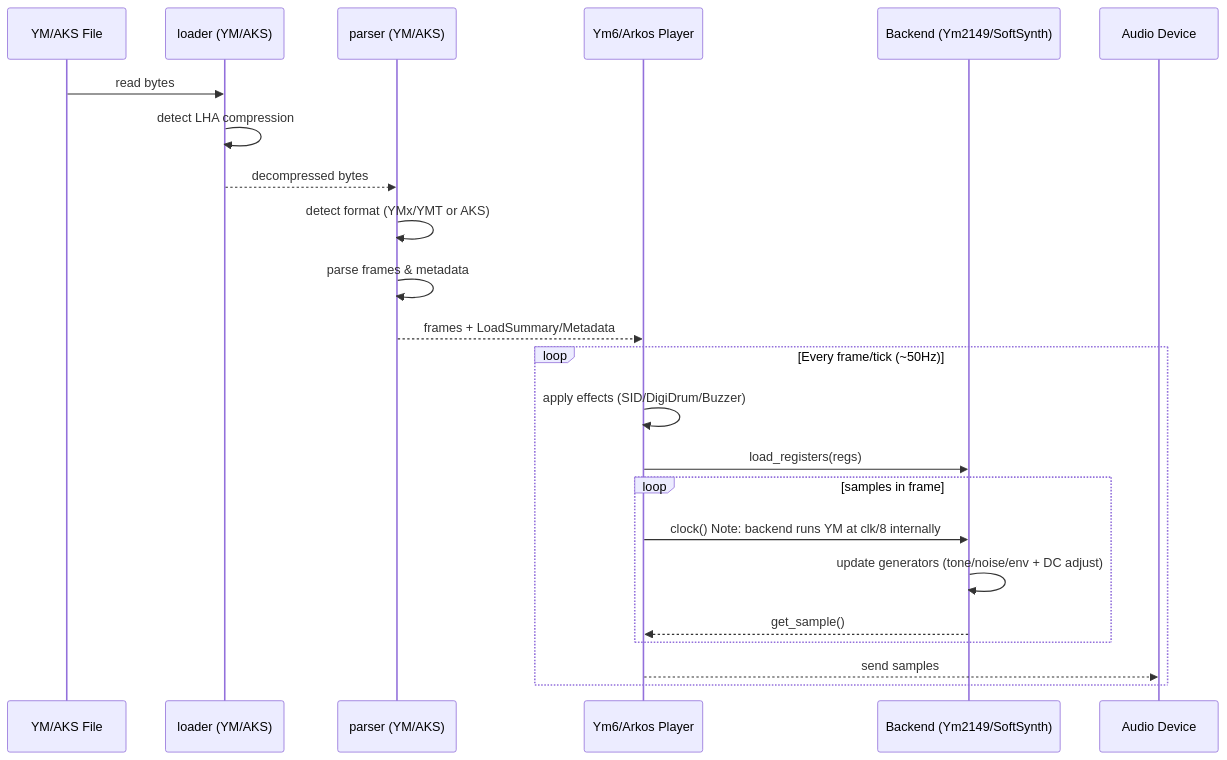
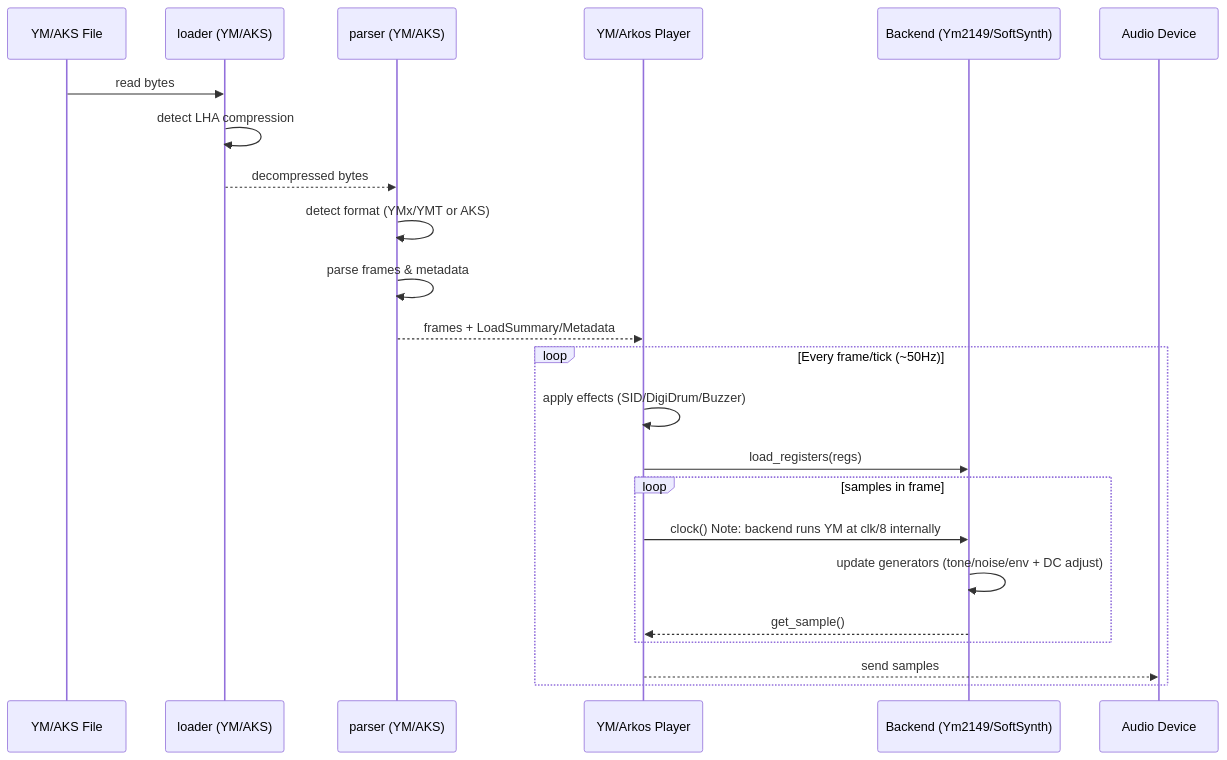
The second of 6 diagrams in ARCHITECTURE.md (slippyex/ym2149-rs), drawn with Mermaid before and after one commit. The commit also changed other lines of this file and 77 other files, not shown here.

````diff
--- a/ARCHITECTURE.md
+++ b/ARCHITECTURE.md
@@ -81,29 +81,29 @@
 ```mermaid
 sequenceDiagram
     participant File as YM/AKS File
     participant Loader as loader (YM/AKS)
     participant Parser as parser (YM/AKS)
-    participant Player as Ym6/Arkos Player
+    participant Player as YM/Arkos Player
     participant Chip as Backend (Ym2149/SoftSynth)
     participant Audio as Audio Device
 
     File->>Loader: read bytes
     Loader->>Loader: detect LHA compression
     Loader-->>Parser: decompressed bytes
     Parser->>Parser: detect format (YMx/YMT or AKS)
     Parser->>Parser: parse frames & metadata
     Parser-->>Player: frames + LoadSummary/Metadata
 
     loop Every frame/tick (~50Hz)
         Player->>Player: apply effects (SID/DigiDrum/Buzzer)
         Player->>Chip: load_registers(regs)
 
     loop samples in frame
         Player->>Chip: clock()           Note: backend runs YM at clk/8 internally
         Chip->>Chip: update generators   (tone/noise/env + DC adjust)
         Chip-->>Player: get_sample()
     end
 
         Player-->>Audio: send samples
     end
 ```
````
